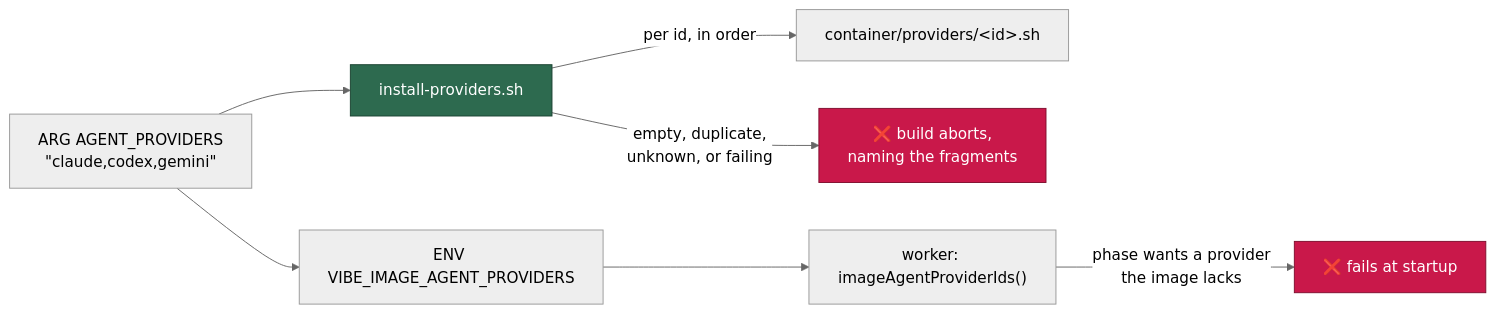
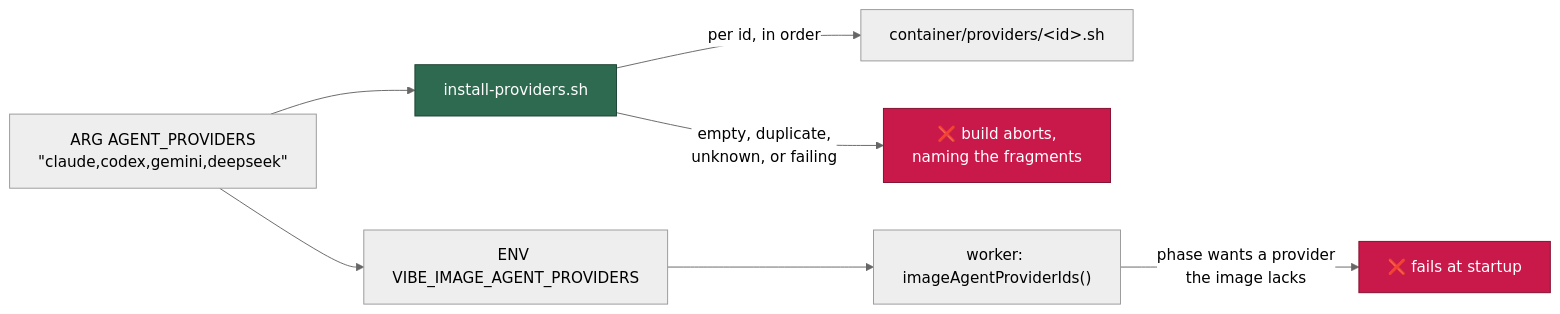
Diagram 15 of 16 in docs/CONTAINER.md (stSoftwareAU/VibeCoder), drawn with Mermaid (neutral theme) before and after one commit. The commit also changed other lines of this file and 7 other files, not shown here.

````diff
--- a/docs/CONTAINER.md
+++ b/docs/CONTAINER.md
@@ -1185,12 +1189,12 @@
 ```mermaid
 flowchart LR
-    A["ARG AGENT_PROVIDERS<br/>&quot;claude,codex,gemini&quot;"] --> S["install-providers.sh"]
+    A["ARG AGENT_PROVIDERS<br/>&quot;claude,codex,gemini,deepseek&quot;"] --> S["install-providers.sh"]
     S -->|per id, in order| F["container/providers/&lt;id&gt;.sh"]
     S -->|empty, duplicate,<br/>unknown, or failing| X["❌ build aborts,<br/>naming the fragments"]
     A --> V["ENV VIBE_IMAGE_AGENT_PROVIDERS"]
     V --> W["worker: imageAgentProviderIds()"]
     W -->|phase wants a provider<br/>the image lacks| X2["❌ fails at startup"]
     style X fill:#c9184a,stroke:#800f2f,color:#fff
     style X2 fill:#c9184a,stroke:#800f2f,color:#fff
     style S fill:#2d6a4f,stroke:#1b4332,color:#fff
 ```
````
